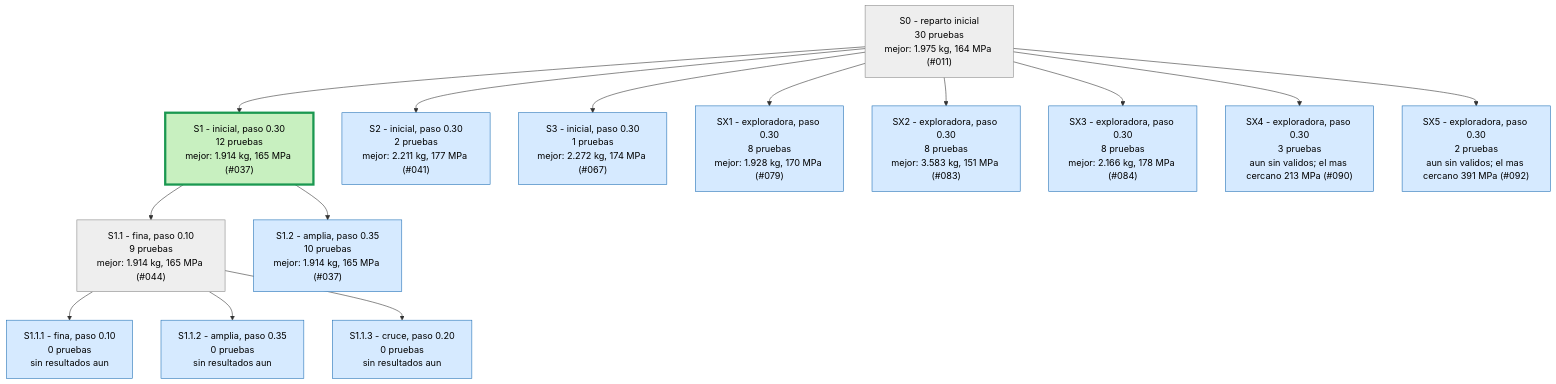
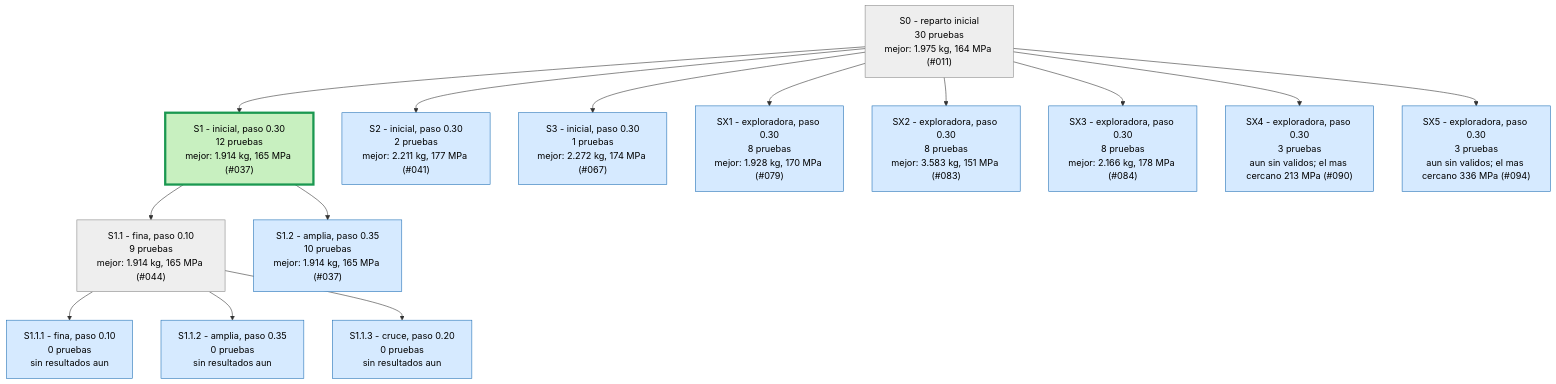
One commit to Hugiko/msd-soporte-optimizacion changed the first of 4 diagrams in runs/opt_37800N/ARBOL.md. Above: the diagram before and after it, drawn with Mermaid. The commit also changed 43 other files, not shown here.

````diff
--- a/runs/opt_37800N/ARBOL.md
+++ b/runs/opt_37800N/ARBOL.md
@@ -9,33 +9,33 @@
 ```mermaid
 graph TD
 classDef activa fill:#d6eaff,stroke:#1f6fb5,color:#000
 classDef fin fill:#eeeeee,stroke:#888,color:#000
 classDef mejor fill:#c8f0c0,stroke:#1a9850,stroke-width:4px,color:#000
 S0["S0 - reparto inicial<br/>30 pruebas<br/>mejor: 1.975 kg, 164 MPa (#011)"]:::fin
 S1["S1 - inicial, paso 0.30<br/>12 pruebas<br/>mejor: 1.914 kg, 165 MPa (#037)"]:::mejor
 S0 --> S1
 S2["S2 - inicial, paso 0.30<br/>2 pruebas<br/>mejor: 2.211 kg, 177 MPa (#041)"]:::activa
 S0 --> S2
 S3["S3 - inicial, paso 0.30<br/>1 pruebas<br/>mejor: 2.272 kg, 174 MPa (#067)"]:::activa
 S0 --> S3
 S1_1["S1.1 - fina, paso 0.10<br/>9 pruebas<br/>mejor: 1.914 kg, 165 MPa (#044)"]:::fin
 S1 --> S1_1
 S1_2["S1.2 - amplia, paso 0.35<br/>10 pruebas<br/>mejor: 1.914 kg, 165 MPa (#037)"]:::activa
 S1 --> S1_2
 S1_1_1["S1.1.1 - fina, paso 0.10<br/>0 pruebas<br/>sin resultados aun"]:::activa
 S1_1 --> S1_1_1
 S1_1_2["S1.1.2 - amplia, paso 0.35<br/>0 pruebas<br/>sin resultados aun"]:::activa
 S1_1 --> S1_1_2
 S1_1_3["S1.1.3 - cruce, paso 0.20<br/>0 pruebas<br/>sin resultados aun"]:::activa
 S1_1 --> S1_1_3
 SX1["SX1 - exploradora, paso 0.30<br/>8 pruebas<br/>mejor: 1.928 kg, 170 MPa (#079)"]:::activa
 S0 --> SX1
 SX2["SX2 - exploradora, paso 0.30<br/>8 pruebas<br/>mejor: 3.583 kg, 151 MPa (#083)"]:::activa
 S0 --> SX2
 SX3["SX3 - exploradora, paso 0.30<br/>8 pruebas<br/>mejor: 2.166 kg, 178 MPa (#084)"]:::activa
 S0 --> SX3
 SX4["SX4 - exploradora, paso 0.30<br/>3 pruebas<br/>aun sin validos; el mas cercano 213 MPa (#090)"]:::activa
 S0 --> SX4
-SX5["SX5 - exploradora, paso 0.30<br/>2 pruebas<br/>aun sin validos; el mas cercano 391 MPa (#092)"]:::activa
+SX5["SX5 - exploradora, paso 0.30<br/>3 pruebas<br/>aun sin validos; el mas cercano 336 MPa (#094)"]:::activa
 S0 --> SX5
 ```
````
